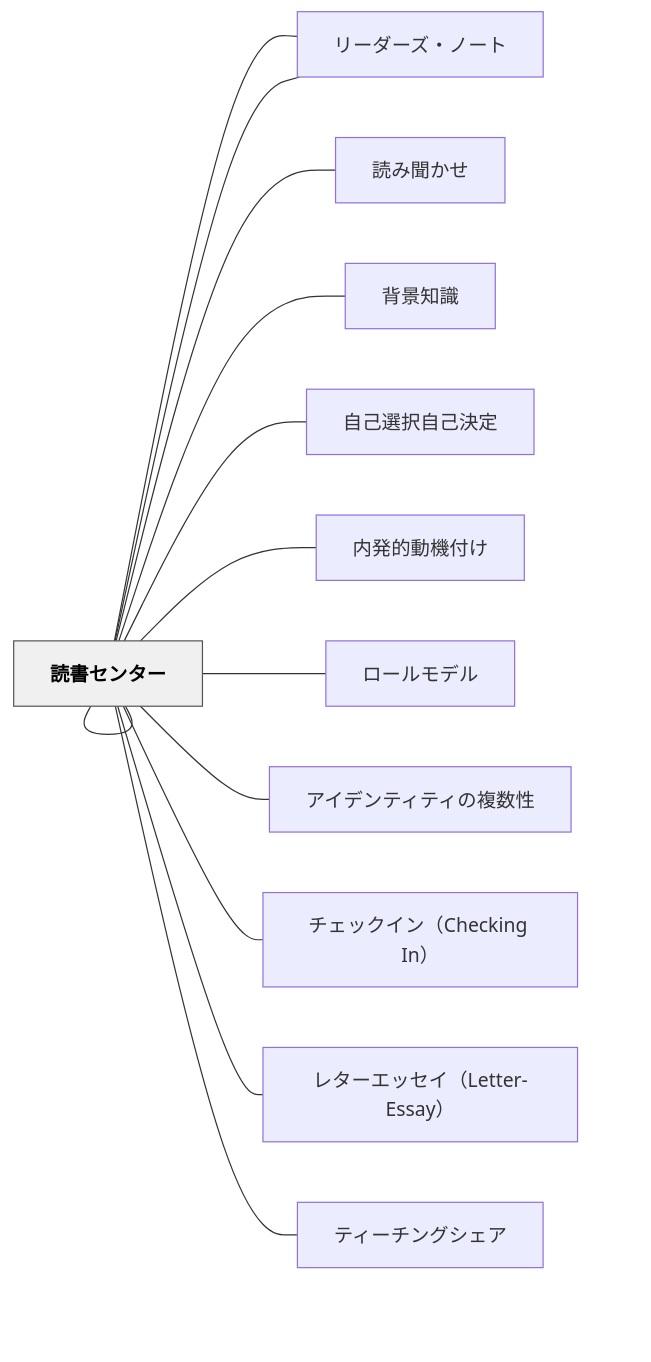
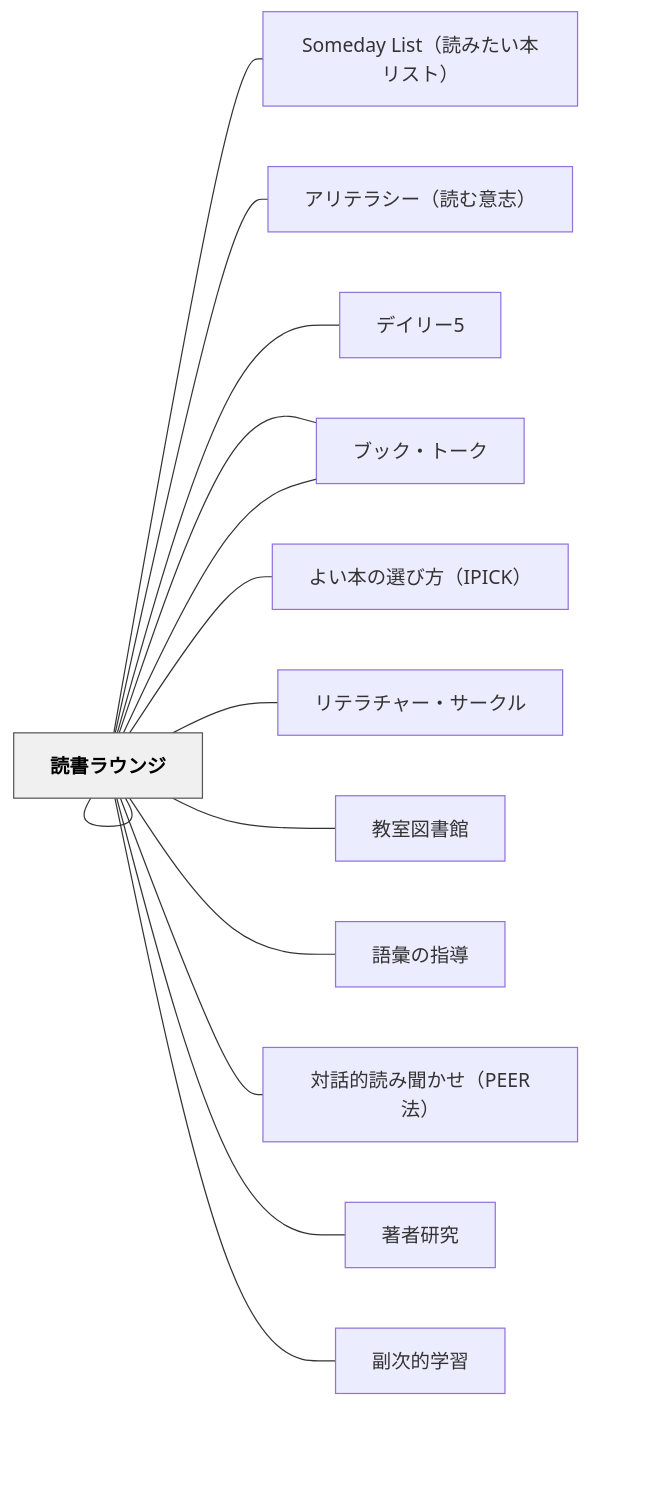
Before and after one commit to unknownthings-ed-patterns/unknownthings-ed-patterns: the diagram in content/パタン/読書アイデンティティ.md, drawn with Mermaid. The commit also changed other lines of this file and 473 other files, not shown here.

````diff
--- a/content/パタン/読書アイデンティティ.md
+++ b/content/パタン/読書アイデンティティ.md
@@ -203,32 +218,36 @@
 ```mermaid
 flowchart LR
     ne8aaade69bb8["読書アイデンティティ"]
-    ne383aae383bc["リーディング・ゾーン"]
-    ne8aaade381bf["読み聞かせ"]
-    ne8838ce699af["背景知識"]
-    ne383aae383bc["リーダーズ・ノート"]
-    ne887aae5b7b1["自己選択自己決定"]
-    ne58685e799ba["内発的動機付け"]
-    ne383ade383bc["ロールモデル"]
-    ne382a2e382a4["アイデンティティの複数性"]
-    ne38381e382a7["チェックイン（Checking In）"]
-    ne383ace382bf["レターエッセイ（Letter-Essay）"]
-    ne8aaade69bb8["読書センター"]
-    ne38386e382a3["ティーチングシェア"]
+    n536f6d656461["Someday List（読みたい本リスト）"]
+    ne382a2e383aa["アリテラシー（読む意志）"]
+    ne38387e382a4["デイリー5"]
+    ne38396e38383["ブック・チャット"]
+    ne38396e38383["ブック・トーク"]
+    ne38288e38184["よい本の選び方（IPICK）"]
+    ne383aae38386["リテラチャー・サークル"]
+    ne69599e5aea4["教室図書館"]
+    ne8aa9ee5bd99["語彙の指導"]
+    ne5afbee8a9b1["対話的読み聞かせ（PEER法）"]
+    ne89197e88085["著者研究"]
+    ne8aaade69bb8["読書の底線習慣"]
+    ne8aaade69bb8["読書ラウンジ"]
+    ne589afe6aca1["副次的学習"]
 
-    ne8aaade69bb8 --- ne383aae383bc
-    ne8aaade69bb8 --- ne8aaade381bf
-    ne8aaade69bb8 --- ne8838ce699af
-    ne8aaade69bb8 --- ne383aae383bc
-    ne8aaade69bb8 --- ne887aae5b7b1
-    ne8aaade69bb8 --- ne58685e799ba
-    ne8aaade69bb8 --- ne383ade383bc
-    ne8aaade69bb8 --- ne382a2e382a4
-    ne8aaade69bb8 --- ne38381e382a7
-    ne8aaade69bb8 --- ne383ace382bf
+    ne8aaade69bb8 --- n536f6d656461
+    ne8aaade69bb8 --- ne382a2e383aa
+    ne8aaade69bb8 --- ne38387e382a4
+    ne8aaade69bb8 --- ne38396e38383
+    ne8aaade69bb8 --- ne38396e38383
+    ne8aaade69bb8 --- ne38288e38184
+    ne8aaade69bb8 --- ne383aae38386
+    ne8aaade69bb8 --- ne69599e5aea4
+    ne8aaade69bb8 --- ne8aa9ee5bd99
+    ne8aaade69bb8 --- ne5afbee8a9b1
+    ne8aaade69bb8 --- ne89197e88085
     ne8aaade69bb8 --- ne8aaade69bb8
-    ne8aaade69bb8 --- ne38386e382a3
+    ne8aaade69bb8 --- ne8aaade69bb8
+    ne8aaade69bb8 --- ne589afe6aca1
 
     classDef hub fill:#f0f0f0,stroke:#555,color:#000,font-weight:bold
     class ne8aaade69bb8 hub
 ```
````
